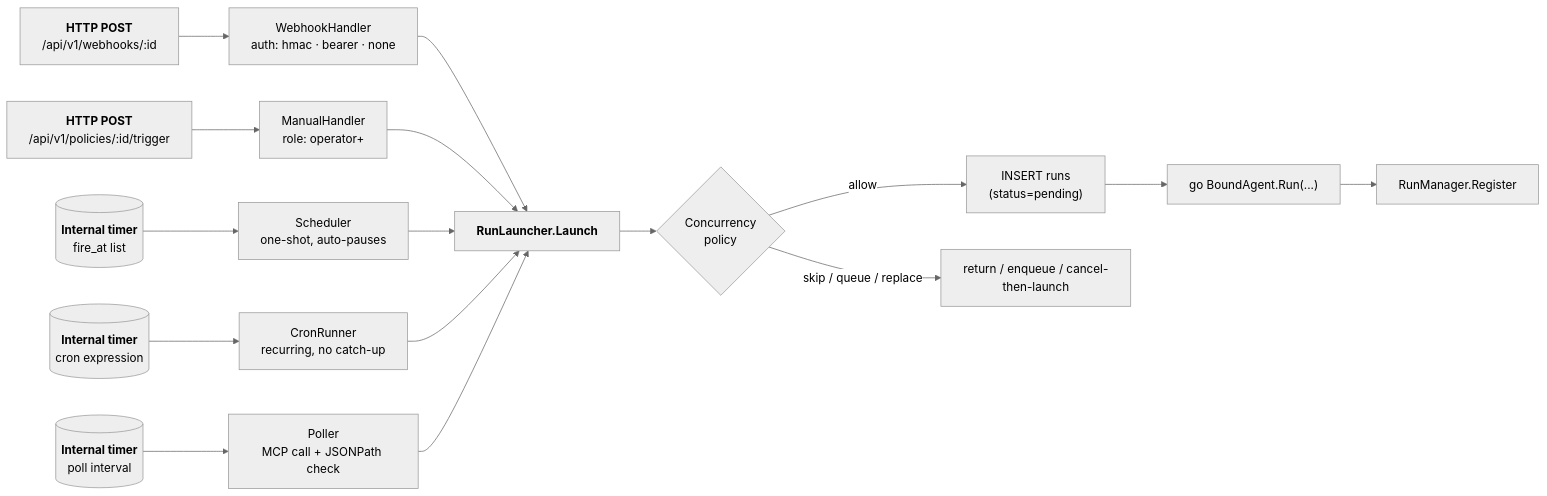
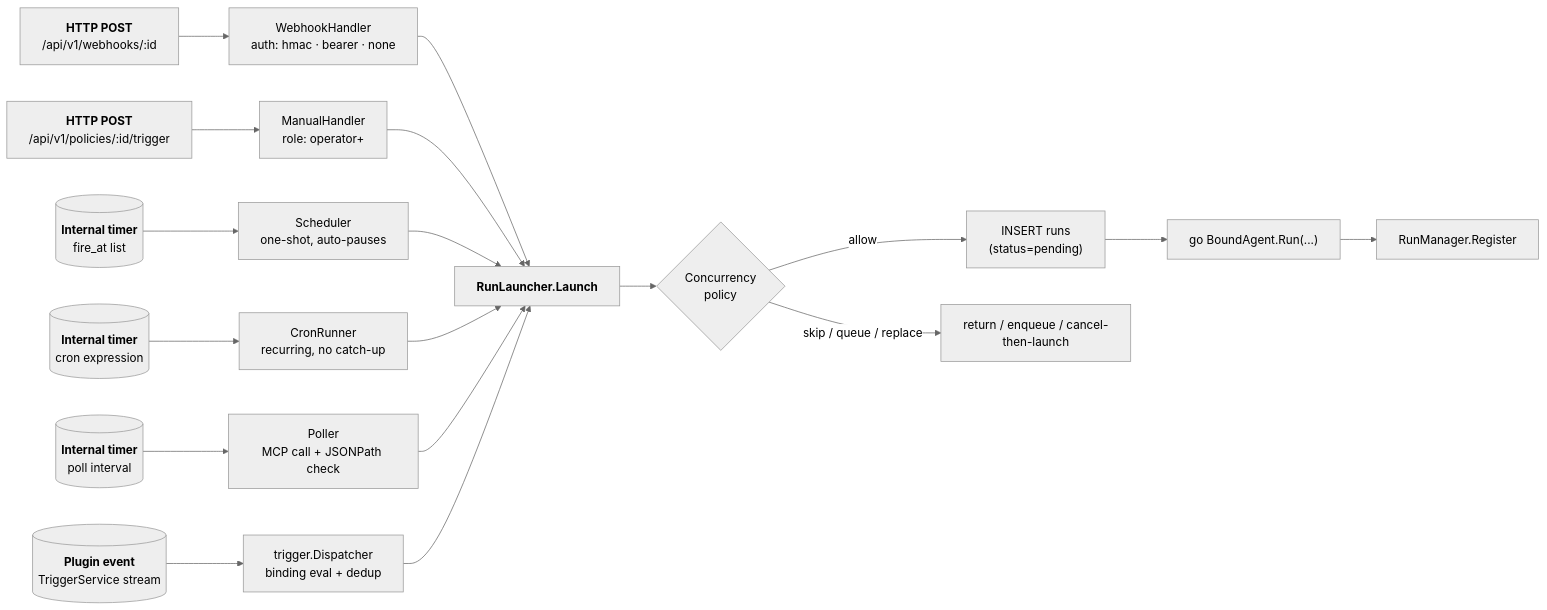
Before and after one commit to Felag-Engineering/gleipnir: the third of 3 diagrams in docs/developer/diagrams/architecture-at-a-glance.md, drawn with Mermaid (neutral theme). The commit also changed other lines of this file and 7 other files, not shown here.

````diff
--- a/docs/developer/diagrams/architecture-at-a-glance.md
+++ b/docs/developer/diagrams/architecture-at-a-glance.md
@@ -123,20 +141,22 @@
 ```mermaid
 graph LR
     WHCALL["<b>HTTP POST</b><br/>/api/v1/webhooks/:id"] --> WH["WebhookHandler<br/>auth: hmac · bearer · none"]
     MANCALL["<b>HTTP POST</b><br/>/api/v1/policies/:id/trigger"] --> MAN["ManualHandler<br/>role: operator+"]
     TIMER1[("<b>Internal timer</b><br/>fire_at list")] --> SCHED["Scheduler<br/>one-shot, auto-pauses"]
     TIMER2[("<b>Internal timer</b><br/>cron expression")] --> CRON["CronRunner<br/>recurring, no catch-up"]
     POLLINT[("<b>Internal timer</b><br/>poll interval")] --> POLLER["Poller<br/>MCP call + JSONPath check"]
+    PLUGEVT[("<b>Plugin event</b><br/>TriggerService stream")] --> PDISP["trigger.Dispatcher<br/>binding eval + dedup"]
 
     WH --> RL["<b>RunLauncher.Launch</b>"]
     MAN --> RL
     SCHED --> RL
     CRON --> RL
     POLLER --> RL
+    PDISP --> RL
 
     RL --> CHECK{"Concurrency<br/>policy"}
     CHECK -->|allow| CREATE["INSERT runs<br/>(status=pending)"]
     CHECK -->|skip / queue / replace| OUT1["return / enqueue / cancel-then-launch"]
     CREATE --> SPAWN["go BoundAgent.Run(...)"]
     SPAWN --> RM2["RunManager.Register"]
 ```
````
